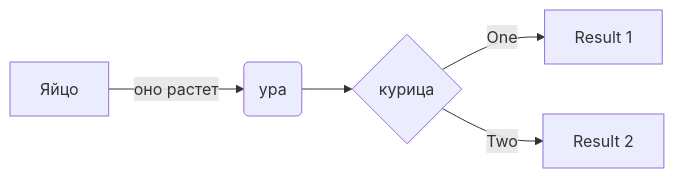
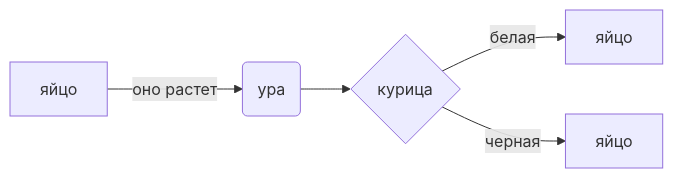
The diagram in README.md (likkochan/likkochan.github.io), drawn with Mermaid before and after one commit.

````diff
--- a/README.md
+++ b/README.md
@@ -80,9 +80,9 @@
 ```mermaid
 
 flowchart LR
 
-A[Яйцо] -->|оно растет| B(ура)
+A[яйцо] -->|оно растет| B(ура)
 B --> C{курица}
-C -->|One| D[Result 1]
-C -->|Two| E[Result 2]
+C -->|белая| D[яйцо]
+C -->|черная| E[яйцо]
 ```
````
